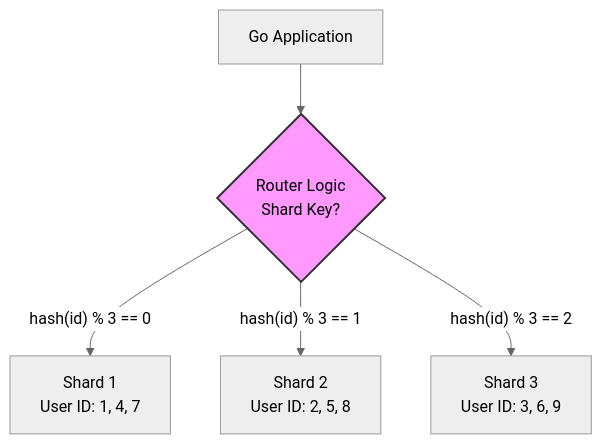
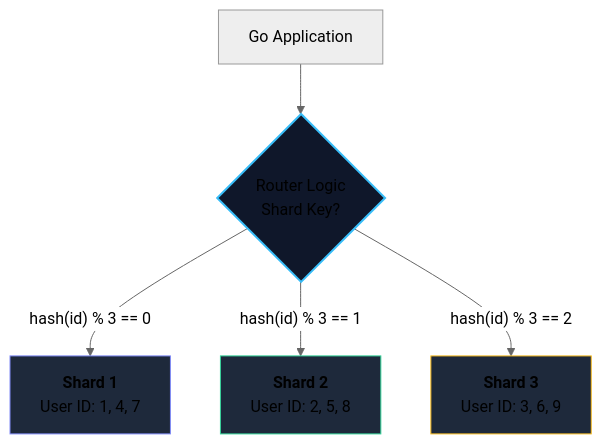
One commit to UnrealTemplier/go-textbook changed the first of 2 diagrams in sources/12. Базы данных/08. Распределенные базы данных/4. Sharding.md. Above: the diagram before and after it, drawn with Mermaid (neutral theme). The commit also changed other lines of this file, not shown here.

````diff
--- a/sources/12. Базы данных/08. Распределенные базы данных/4. Sharding.md
+++ b/sources/12. Базы данных/08. Распределенные базы данных/4. Sharding.md
@@ -52,10 +23,13 @@
 ```mermaid
 flowchart TD
     App["Go Application"] --> Router{"Router Logic<br>Shard Key?"}
     
-    Router -- "hash(id) % 3 == 0" --> S1["Shard 1<br>User ID: 1, 4, 7"]
-    Router -- "hash(id) % 3 == 1" --> S2["Shard 2<br>User ID: 2, 5, 8"]
-    Router -- "hash(id) % 3 == 2" --> S3["Shard 3<br>User ID: 3, 6, 9"]
+    Router -- "hash(id) % 3 == 0" --> S1["<b>Shard 1</b><br>User ID: 1, 4, 7"]
+    Router -- "hash(id) % 3 == 1" --> S2["<b>Shard 2</b><br>User ID: 2, 5, 8"]
+    Router -- "hash(id) % 3 == 2" --> S3["<b>Shard 3</b><br>User ID: 3, 6, 9"]
     
-    style Router fill:#f9f,stroke:#333,stroke-width:2px
+    style Router fill:#0f172a,stroke:#38bdf8,stroke-width:2px
+    style S1 fill:#1e293b,stroke:#818cf8,stroke-width:1px
+    style S2 fill:#1e293b,stroke:#34d399,stroke-width:1px
+    style S3 fill:#1e293b,stroke:#fbbf24,stroke-width:1px
 ```
````
